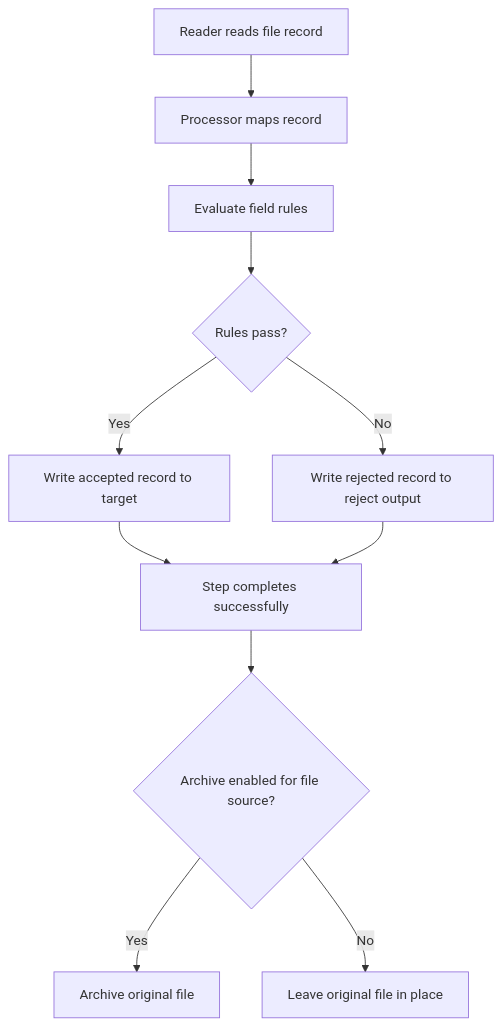
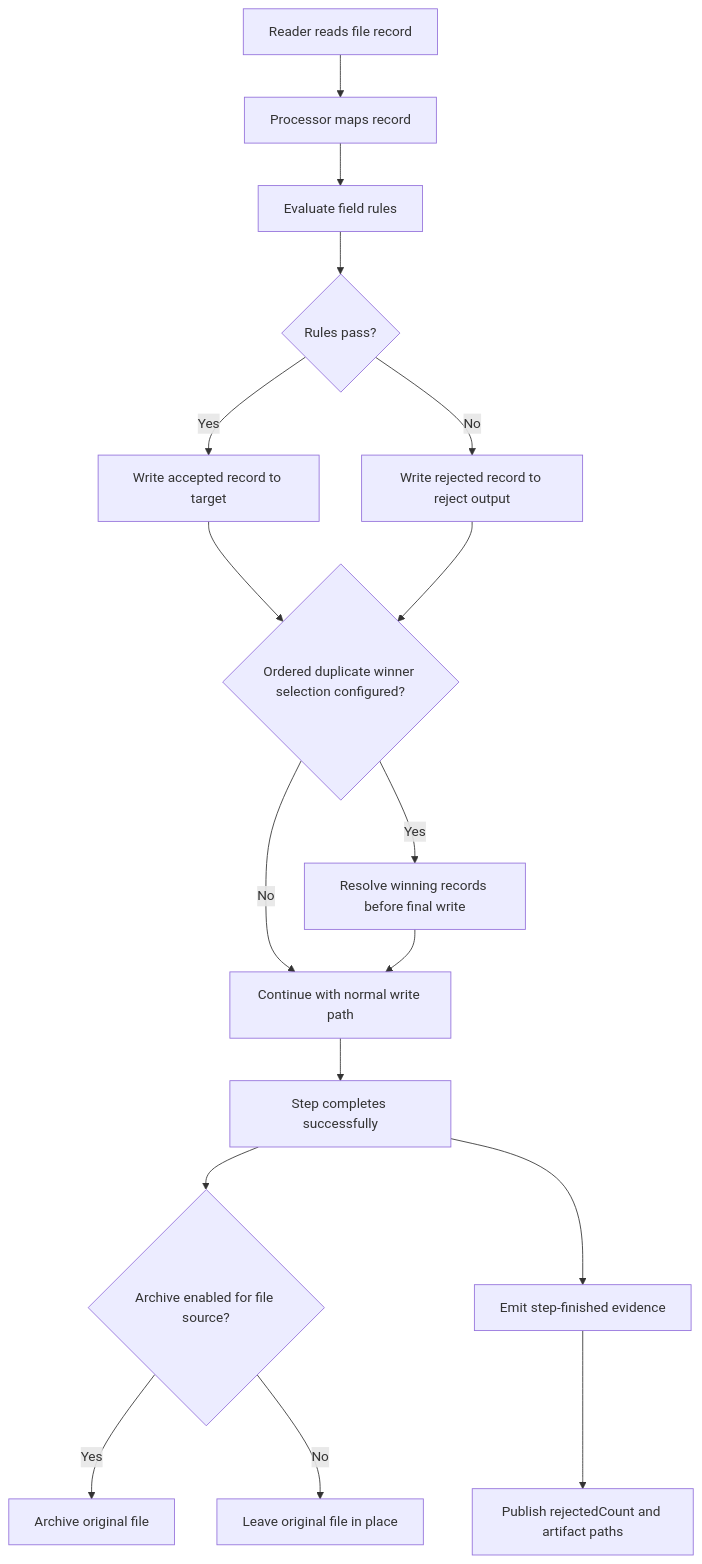
The sixth of 6 diagrams in docs/architecture/runtime-flow.md (kbalanandam/spring-etl-engine), drawn with Mermaid before and after one commit. The commit also changed other lines of this file and 146 other files, not shown here.

````diff
--- a/docs/architecture/runtime-flow.md
+++ b/docs/architecture/runtime-flow.md
@@ -118,13 +336,19 @@
 ```mermaid
 flowchart TD
     A[Reader reads file record] --> B[Processor maps record]
     B --> C[Evaluate field rules]
     C --> D{Rules pass?}
     D -- Yes --> E[Write accepted record to target]
     D -- No --> F[Write rejected record to reject output]
-    E --> G[Step completes successfully]
+    E --> G{Ordered duplicate winner selection configured?}
     F --> G
-    G --> H{Archive enabled for file source?}
-    H -- Yes --> I[Archive original file]
-    H -- No --> J[Leave original file in place]
+    G -- Yes --> H[Resolve winning records before final write]
+    G -- No --> I[Continue with normal write path]
+    H --> I
+    I --> J[Step completes successfully]
+    J --> K{Archive enabled for file source?}
+    K -- Yes --> L[Archive original file]
+    K -- No --> M[Leave original file in place]
+    J --> N[Emit step-finished evidence]
+    N --> O[Publish rejectedCount and artifact paths]
 ```
````
